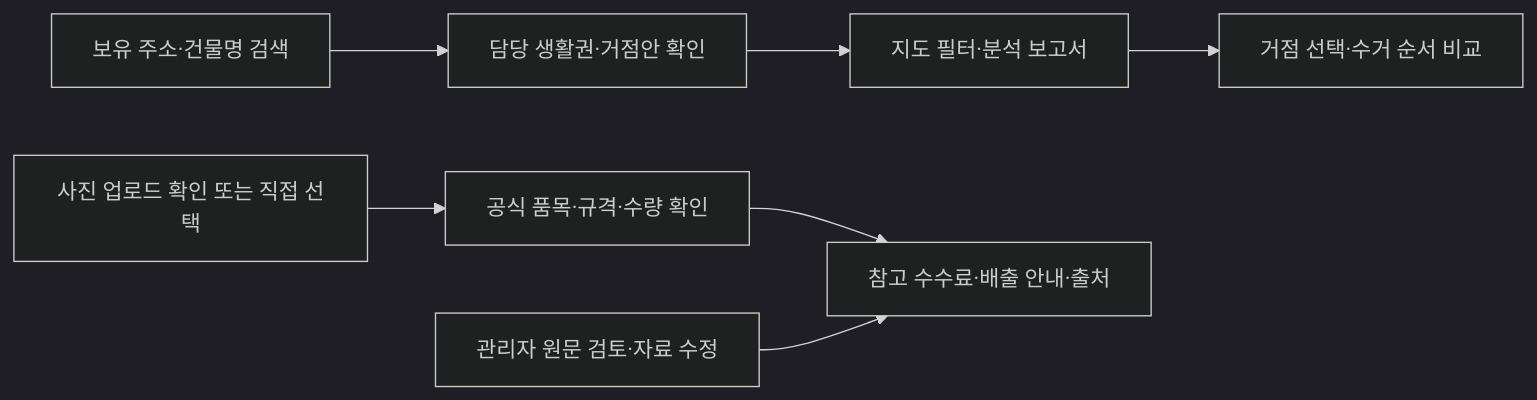
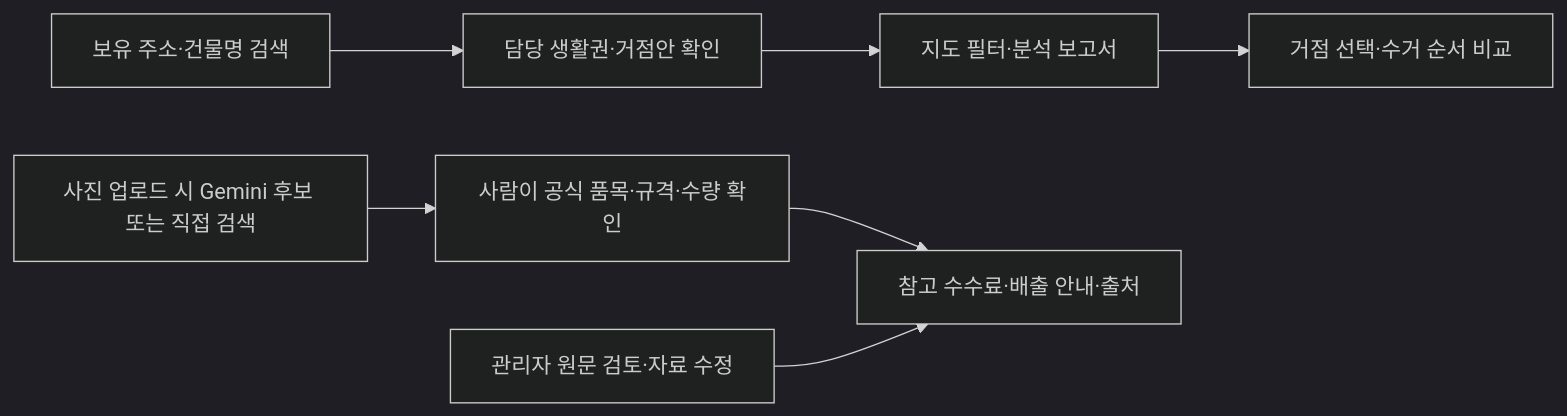
Before and after one commit to Han-think/greenzone_ai: the diagram in README.md, drawn with Mermaid (dark theme). The commit also changed other lines of this file and 37 other files, not shown here.

````diff
--- a/README.md
+++ b/README.md
@@ -30,9 +30,9 @@
 ```mermaid
 flowchart LR
     A[보유 주소·건물명 검색] --> B[담당 생활권·거점안 확인]
     B --> C[지도 필터·분석 보고서]
     C --> D[거점 선택·수거 순서 비교]
-    E[사진 업로드 확인 또는 직접 선택] --> F[공식 품목·규격·수량 확인]
+    E[사진 업로드 시 Gemini 후보 또는 직접 검색] --> F[사람이 공식 품목·규격·수량 확인]
     F --> G[참고 수수료·배출 안내·출처]
     H[관리자 원문 검토·자료 수정] --> G
 ```
````
